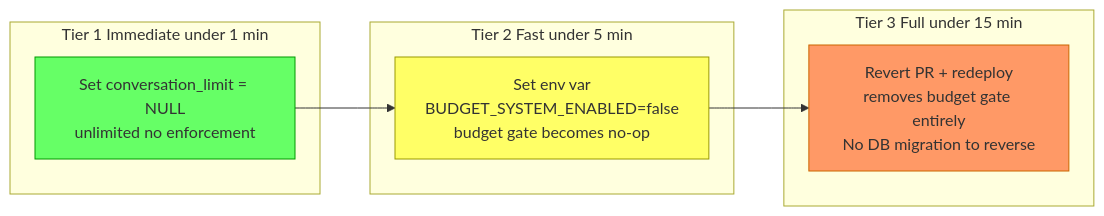
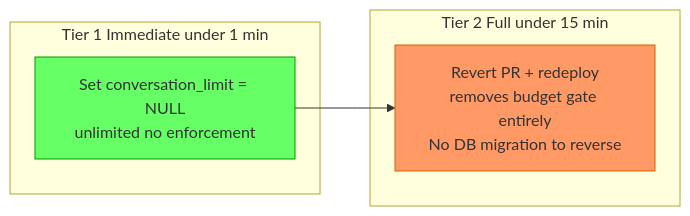
The fourth of 4 diagrams in docs/conversation-budget-system.md (PlaneInABottle/sim-priv), drawn with Mermaid before and after one commit. The commit also changed other lines of this file, not shown here.

First line of the commit message:
docs: fix 13 issues in budget system architecture doc

````diff
--- a/docs/conversation-budget-system.md
+++ b/docs/conversation-budget-system.md
@@ -372,20 +484,15 @@
 ```mermaid
 flowchart LR
     subgraph Tier1["Tier 1 Immediate under 1 min"]
         T1["Set conversation_limit = NULL\nunlimited no enforcement"]
     end
 
-    subgraph Tier2["Tier 2 Fast under 5 min"]
-        T2["Set env var\nBUDGET_SYSTEM_ENABLED=false\nbudget gate becomes no-op"]
+    subgraph Tier2["Tier 2 Full under 15 min"]
+        T2["Revert PR + redeploy\nremoves budget gate entirely\nNo DB migration to reverse"]
     end
 
-    subgraph Tier3["Tier 3 Full under 15 min"]
-        T3["Revert PR + redeploy\nremoves budget gate entirely\nNo DB migration to reverse"]
-    end
-
-    T1 --> T2 --> T3
+    T1 --> T2
 
     style T1 fill:#66ff66,stroke:#009900
-    style T2 fill:#ffff66,stroke:#999900
-    style T3 fill:#ff9966,stroke:#cc6600
+    style T2 fill:#ff9966,stroke:#cc6600
 ```
````
